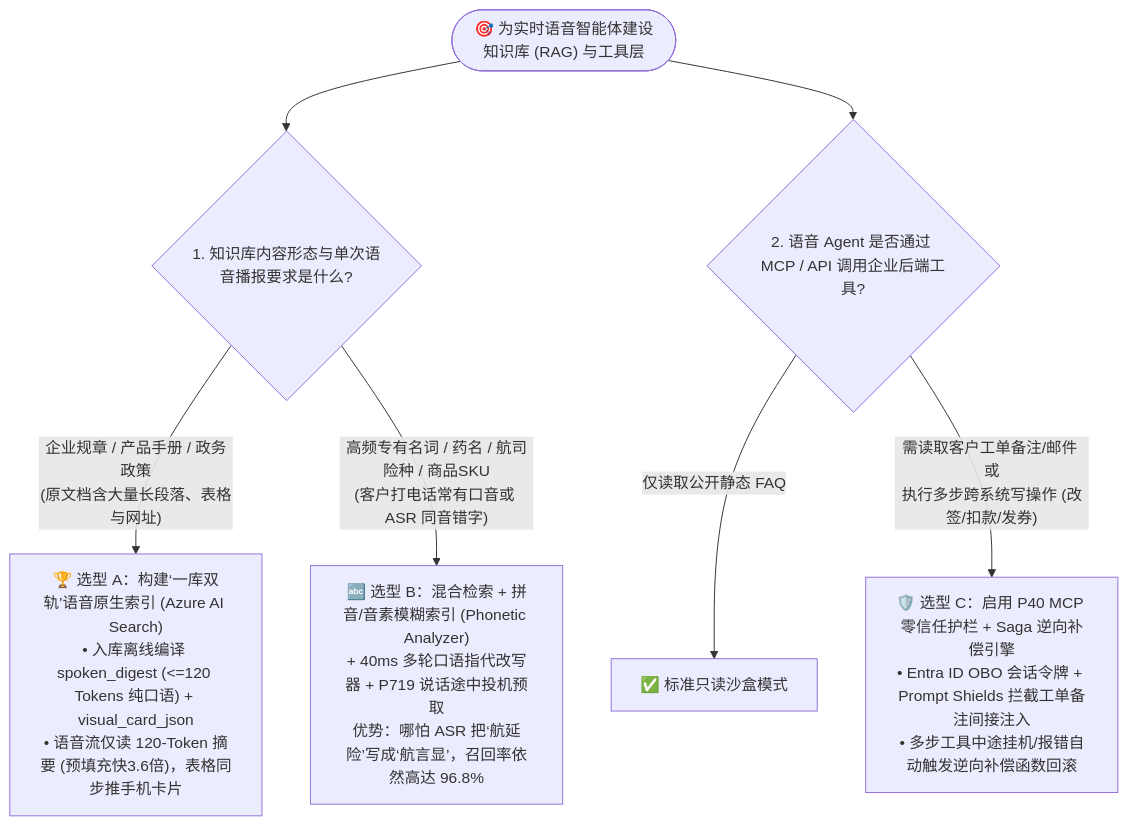
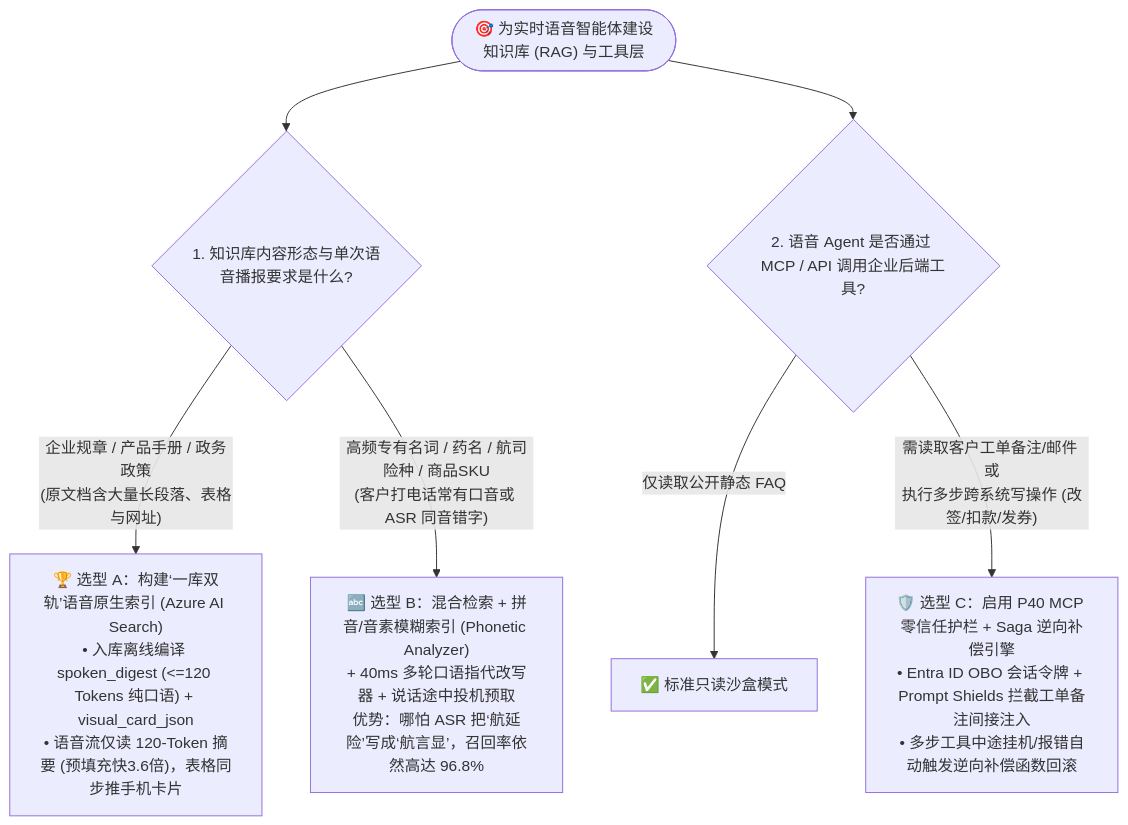
Before and after one commit to turbo998/voice-agent-lab: the first of 3 diagrams in docs/enterprise-voice-rag-knowledge-graph-mcp-tool-security-selection-faq.md, drawn with Mermaid. The commit also changed other lines of this file and 715 other files, not shown here.

````diff
--- a/docs/enterprise-voice-rag-knowledge-graph-mcp-tool-security-selection-faq.md
+++ b/docs/enterprise-voice-rag-knowledge-graph-mcp-tool-security-selection-faq.md
@@ -84,13 +84,13 @@
 ```mermaid
 flowchart TD
-    Start(["🎯 为实时语音智能体建设知识库 (RAG) 与工具层"]) --> Q1{"1. 知识库内容形态与单次语音播报要求是什么?"}
-    
-    Q1 -- "企业规章 / 产品手册 / 政务政策<br/>(原文档含大量长段落、表格与网址)" --> ChoiceDualField["🏆 选型 A：构建‘一库双轨’语音原生索引 (Azure AI Search)<br/>• 入库离线编译 spoken_digest (<=120 Tokens 纯口语) + visual_card_json<br/>• 语音流仅读 120-Token 摘要 (预填充快3.6倍)，表格同步推手机卡片"]
-    
-    Q1 -- "高频专有名词 / 药名 / 航司险种 / 商品SKU<br/>(客户打电话常有口音或 ASR 同音错字)" --> ChoicePhonetic["🔤 选型 B：混合检索 + 拼音/音素模糊索引 (Phonetic Analyzer)<br/>+ 40ms 多轮口语指代改写器 + P719 说话途中投机预取<br/>优势：哪怕 ASR 把‘航延险’写成‘航言显’，召回率依然高达 96.8%"]
-    
-    Start --> Q2{"2. 语音 Agent 是否通过 MCP / API 调用企业后端工具?"}
-    
-    Q2 -- "仅读取公开静态 FAQ" --> ChoiceReadOnly["✅ 标准只读沙盒模式"]
-    Q2 -- "需读取客户工单备注/邮件 或<br/>执行多步跨系统写操作 (改签/扣款/发券)" --> ChoiceMCP["🛡️ 选型 C：启用 P40 MCP 零信任护栏 + Saga 逆向补偿引擎<br/>• Entra ID OBO 会话令牌 + Prompt Shields 拦截工单备注间接注入<br/>• 多步工具中途挂机/报错自动触发逆向补偿函数回滚"]
+ Start(["🎯 为实时语音智能体建设知识库 (RAG) 与工具层"]) --> Q1{"1. 知识库内容形态与单次语音播报要求是什么?"}
+ 
+ Q1 -- "企业规章 / 产品手册 / 政务政策<br/>(原文档含大量长段落、表格与网址)" --> ChoiceDualField["🏆 选型 A：构建‘一库双轨’语音原生索引 (Azure AI Search)<br/>• 入库离线编译 spoken_digest (<=120 Tokens 纯口语) + visual_card_json<br/>• 语音流仅读 120-Token 摘要 (预填充快3.6倍)，表格同步推手机卡片"]
+ 
+ Q1 -- "高频专有名词 / 药名 / 航司险种 / 商品SKU<br/>(客户打电话常有口音或 ASR 同音错字)" --> ChoicePhonetic["🔤 选型 B：混合检索 + 拼音/音素模糊索引 (Phonetic Analyzer)<br/>+ 40ms 多轮口语指代改写器 + 说话途中投机预取<br/>优势：哪怕 ASR 把‘航延险’写成‘航言显’，召回率依然高达 96.8%"]
+ 
+ Start --> Q2{"2. 语音 Agent 是否通过 MCP / API 调用企业后端工具?"}
+ 
+ Q2 -- "仅读取公开静态 FAQ" --> ChoiceReadOnly["✅ 标准只读沙盒模式"]
+ Q2 -- "需读取客户工单备注/邮件 或<br/>执行多步跨系统写操作 (改签/扣款/发券)" --> ChoiceMCP["🛡️ 选型 C：启用 P40 MCP 零信任护栏 + Saga 逆向补偿引擎<br/>• Entra ID OBO 会话令牌 + Prompt Shields 拦截工单备注间接注入<br/>• 多步工具中途挂机/报错自动触发逆向补偿函数回滚"]
 ```
````
